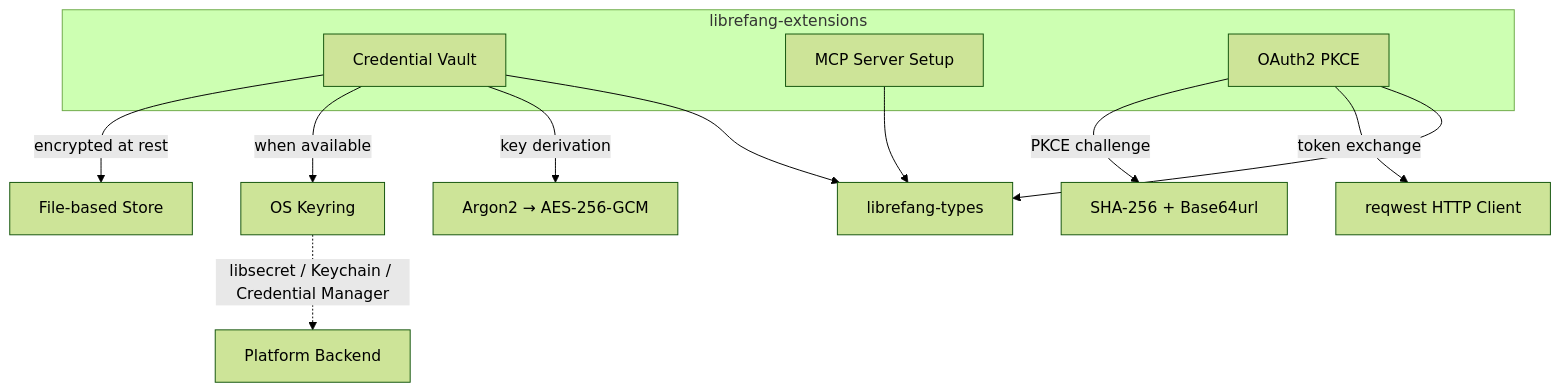
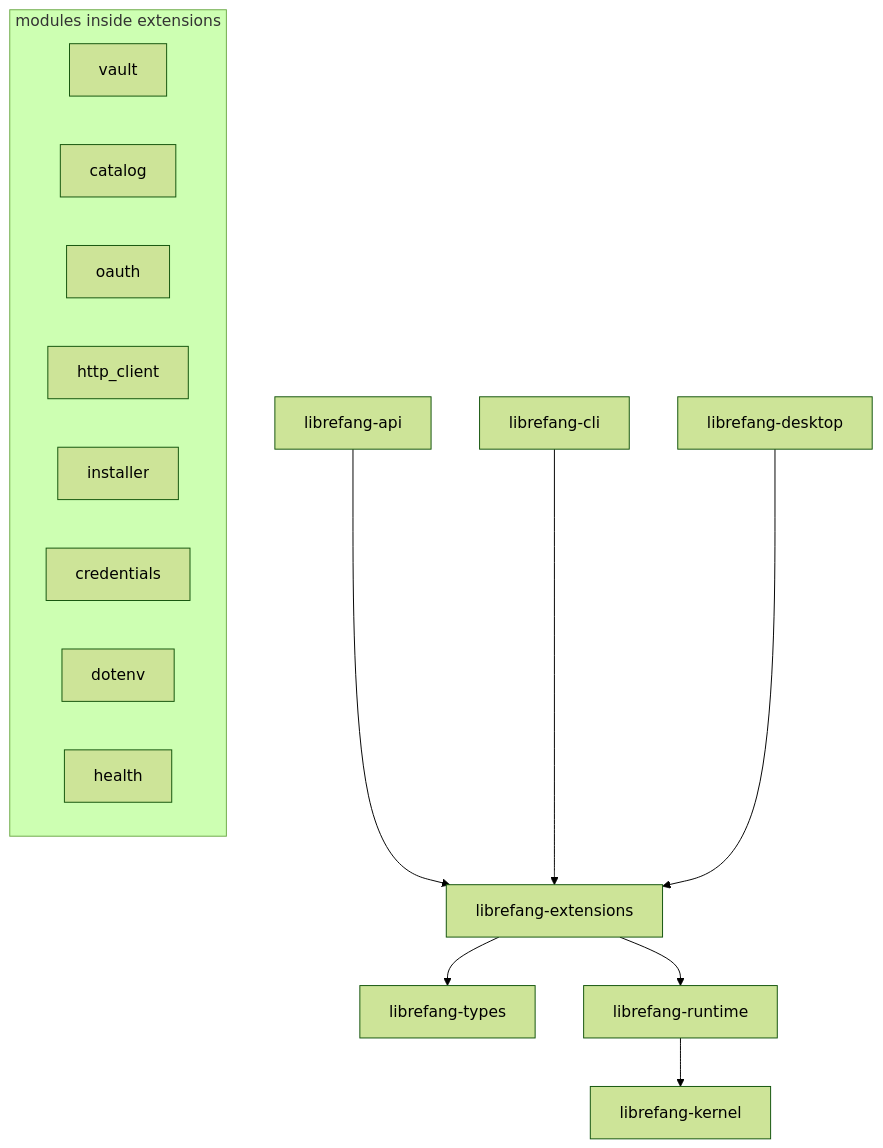
One commit to leszek3737/librefang-WIki changed the diagram in other-librefang-extensions.md. Above: the diagram before and after it, drawn with Mermaid (forest theme). The commit also changed other lines of this file and 100 other files, not shown here.

````diff
--- a/other-librefang-extensions.md
+++ b/other-librefang-extensions.md
@@ -17,20 +11,21 @@
 ```mermaid
 graph TD
-    subgraph librefang-extensions
-        Vault[Credential Vault]
-        MCP[MCP Server Setup]
-        OAuth[OAuth2 PKCE]
+    API["librefang-api"] --> EXT
+    CLI["librefang-cli"] --> EXT
+    DESK["librefang-desktop"] --> EXT
+    EXT["librefang-extensions"]
+    EXT --> TYPES["librefang-types"]
+    EXT --> RT["librefang-runtime"]
+    RT --> KERN["librefang-kernel"]
+
+    subgraph "modules inside extensions"
+        V[vault]
+        C[catalog]
+        O[oauth]
+        HC[http_client]
+        INST[installer]
+        CREDS[credentials]
+        DOT[dotenv]
+        H[health]
     end
-
-    Vault -->|encrypted at rest| FileStore[File-based Store]
-    Vault -->|when available| OSKeyring[OS Keyring]
-    Vault -->|key derivation| Argon2["Argon2 → AES-256-GCM"]
-    OSKeyring -.->|libsecret / Keychain / Credential Manager| Platform[Platform Backend]
-
-    OAuth -->|PKCE challenge| SHA256[SHA-256 + Base64url]
-    OAuth -->|token exchange| HTTP[reqwest HTTP Client]
-
-    MCP --> Types[librefang-types]
-    Vault --> Types
-    OAuth --> Types
 ```
````
